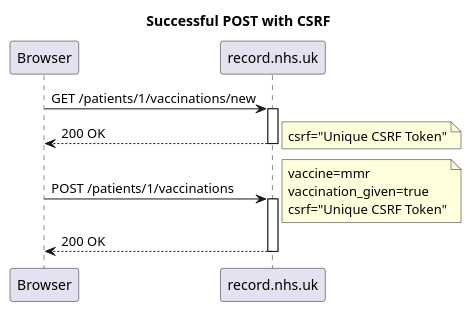
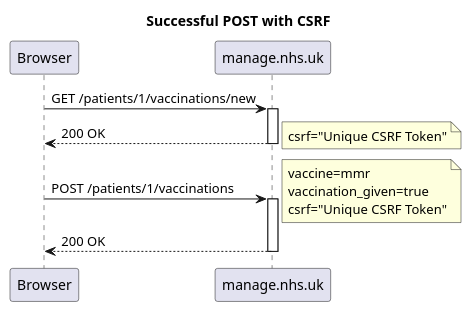
One commit to nhsuk/manage-vaccinations-in-schools changed the diagram in docs/diagrams/successful-post-with-csrf.puml. Above: the diagram before and after it, drawn with PlantUML. The commit also changed 14 other files, not shown here.

Commit message:
Rename record to manage

```diff
--- a/docs/diagrams/successful-post-with-csrf.puml
+++ b/docs/diagrams/successful-post-with-csrf.puml
@@ -1,22 +1,22 @@
 @startuml
 
 title Successful POST with CSRF
 
 autoactivate on
 
-Browser -> record.nhs.uk: GET /patients/1/vaccinations/new
+Browser -> manage.nhs.uk: GET /patients/1/vaccinations/new
 return 200 OK
 
 note right
     csrf="Unique CSRF Token"
 end note
 
-Browser -> record.nhs.uk: POST /patients/1/vaccinations
+Browser -> manage.nhs.uk: POST /patients/1/vaccinations
 note right
     vaccine=mmr
     vaccination_given=true
     csrf="Unique CSRF Token"
 end note
 return 200 OK
 
 @enduml
```
